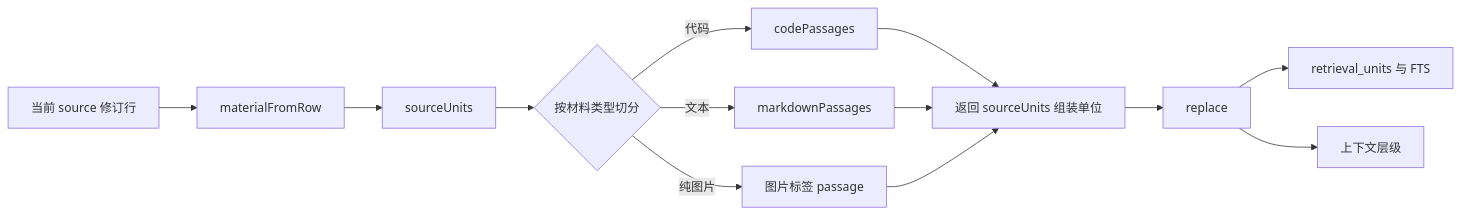
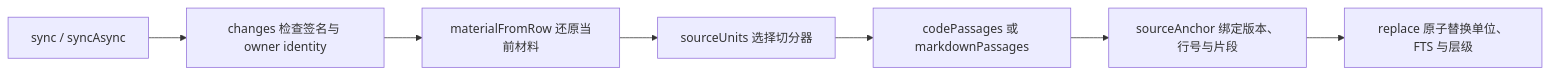
One commit to lejunyang/omem changed the diagram in .repo-review/knowledge/articles/130cdb6c662c51b13762227a6e5989994935a42467c7e55412ace7eb689e1d4f.md. Above: the diagram before and after it, drawn with Mermaid. The commit also changed other lines of this file and 1 other file, not shown here.

Commit message:
refresh independently reviewed projection note against current retrieval callers

````diff
--- a/.repo-review/knowledge/articles/130cdb6c662c51b13762227a6e5989994935a42467c7e55412ace7eb689e1d4f.md
+++ b/.repo-review/knowledge/articles/130cdb6c662c51b13762227a6e5989994935a42467c7e55412ace7eb689e1d4f.md
@@ -19,15 +19,9 @@
 ```mermaid
 flowchart LR
-  A[当前 source 修订行] --> B[materialFromRow]
-  B --> C[sourceUnits]
-  C --> D{按材料类型切分}
-  D -->|代码| E[codePassages]
-  D -->|文本| F[markdownPassages]
-  D -->|纯图片| G[图片标签 passage]
-  E --> H[返回 sourceUnits 组装单位]
-  F --> H
-  G --> H
-  H --> I[replace]
-  I --> J[retrieval_units 与 FTS]
-  I --> K[上下文层级]
+  A[sync / syncAsync] --> B[changes 检查签名与 owner identity]
+  B --> C[materialFromRow 还原当前材料]
+  C --> D[sourceUnits 选择切分器]
+  D --> E[codePassages 或 markdownPassages]
+  E --> F[sourceAnchor 绑定版本、行号与片段]
+  F --> G[replace 原子替换单位、FTS 与层级]
 ```
````
